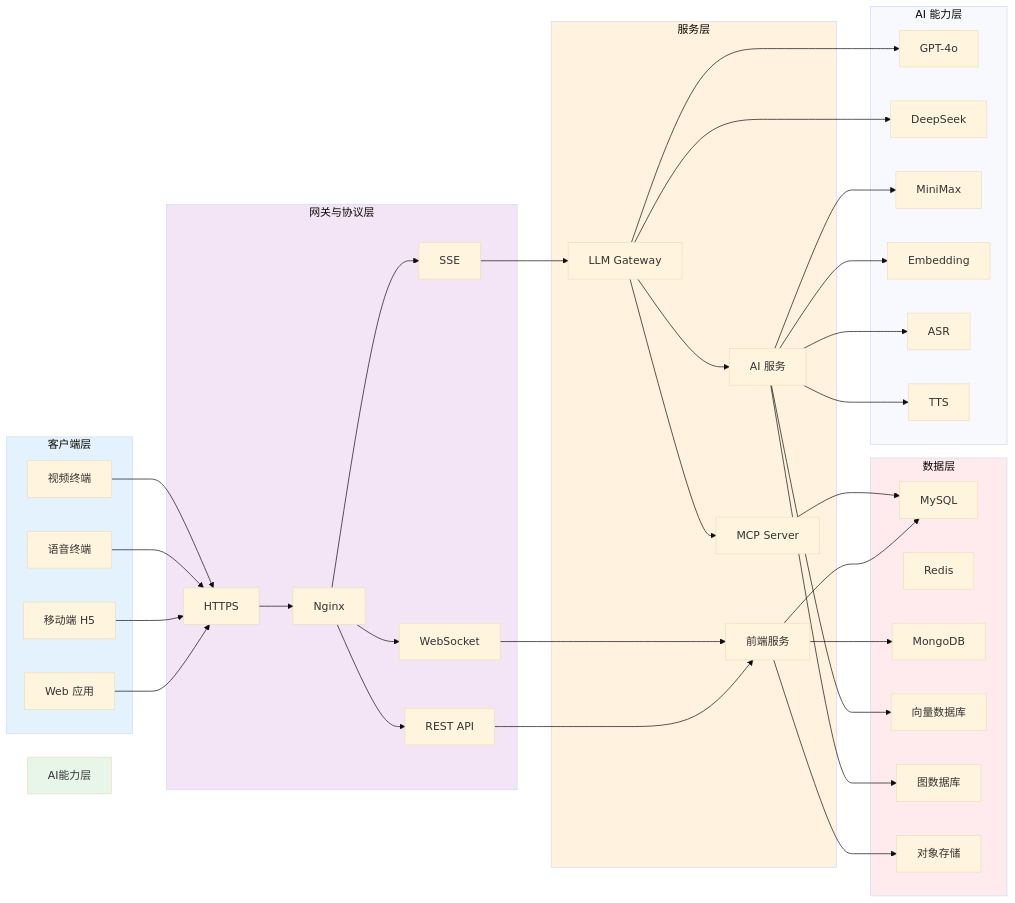
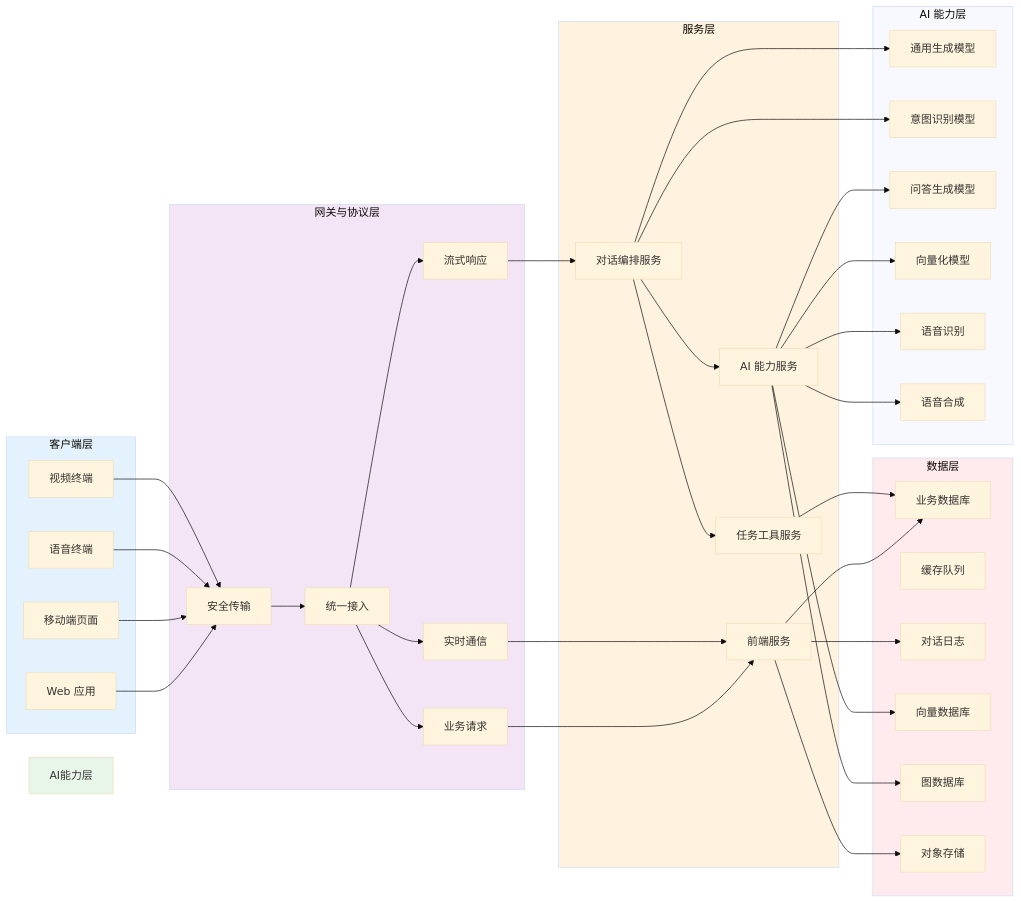
One commit to yanmengssss/Life-Pilot-Total changed the fifth of 20 diagrams in 第4章-系统总体设计.md. Above: the diagram before and after it, drawn with Mermaid (base theme). The commit also changed other lines of this file and 229 other files, not shown here.

````diff
--- a/第4章-系统总体设计.md
+++ b/第4章-系统总体设计.md
@@ -327,80 +350,80 @@
 ```mermaid
 graph LR
     subgraph 客户端层
         WebApp["Web 应用"]
-        H5App["移动端 H5"]
+        H5App["移动端页面"]
         VoiceApp["语音终端"]
         VideoApp["视频终端"]
     end
 
     subgraph 网关与协议层
-        Nginx["Nginx"]
-        REST["REST API"]
-        SSE["SSE"]
-        WS["WebSocket"]
-        HTTPS["HTTPS"]
+        Nginx["统一接入"]
+        REST["业务请求"]
+        SSE["流式响应"]
+        WS["实时通信"]
+        HTTPS["安全传输"]
     end
 
     subgraph 服务层
         FrontendService["前端服务"]
-        LLMServer["LLM Gateway"]
-        MCPServer["MCP Server"]
-        AIService["AI 服务"]
+        LLMServer["对话编排服务"]
+        MCPServer["任务工具服务"]
+        AIService["AI 能力服务"]
     end
 
     subgraph AI 能力层
-        GPT4o["GPT-4o"]
-        DeepSeek["DeepSeek"]
-        MiniMax["MiniMax"]
-        Embedding["Embedding"]
-        ASR["ASR"]
-        TTS["TTS"]
+        GPT4o["通用生成模型"]
+        DeepSeek["意图识别模型"]
+        MiniMax["问答生成模型"]
+        Embedding["向量化模型"]
+        ASR["语音识别"]
+        TTS["语音合成"]
     end
 
     subgraph 数据层
-        MySQL["MySQL"]
-        Redis["Redis"]
-        MongoDB["MongoDB"]
+        MySQL["业务数据库"]
+        Redis["缓存队列"]
+        MongoDB["对话日志"]
         VectorDB["向量数据库"]
         GraphDB["图数据库"]
         OSS["对象存储"]
     end
 
     WebApp --> HTTPS
     H5App --> HTTPS
     VoiceApp --> HTTPS
     VideoApp --> HTTPS
 
     HTTPS --> Nginx
     Nginx --> REST
     Nginx --> SSE
     Nginx --> WS
 
     REST --> FrontendService
     SSE --> LLMServer
     WS --> FrontendService
 
     FrontendService --> MySQL
     FrontendService --> MongoDB
     FrontendService --> OSS
 
     LLMServer --> GPT4o
     LLMServer --> DeepSeek
     LLMServer --> MCPServer
     LLMServer --> AIService
 
     MCPServer --> MySQL
 
     AIService --> MiniMax
     AIService --> Embedding
     AIService --> ASR
     AIService --> TTS
     AIService --> VectorDB
     AIService --> GraphDB
 
     style 客户端层 fill:#e3f2fd
     style 网关与协议层 fill:#f3e5f5
     style 服务层 fill:#fff3e0
     style AI能力层 fill:#e8f5e9
     style 数据层 fill:#ffebee
 ```
````
